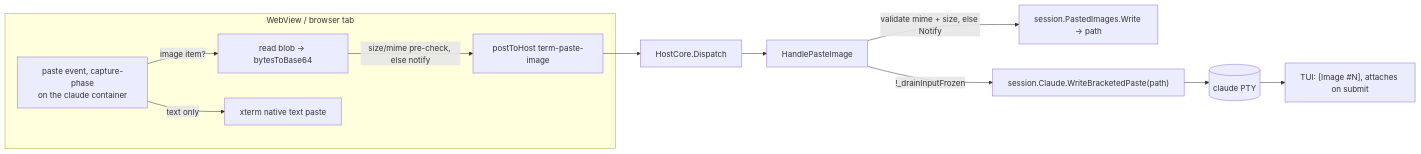
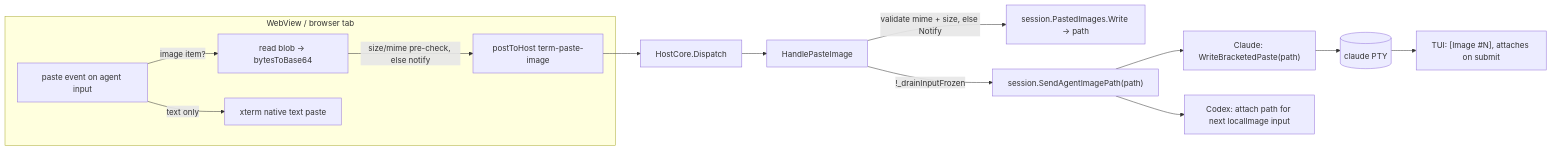
Before and after one commit to Kapps/weavie: the diagram in docs/specs/remote-paste-image.md, drawn with Mermaid. The commit also changed other lines of this file and 84 other files, not shown here.

Commit message:
Add native Codex agent runtime

````diff
--- a/docs/specs/remote-paste-image.md
+++ b/docs/specs/remote-paste-image.md
@@ -31,13 +32,15 @@
 ```mermaid
 flowchart LR
   subgraph web [WebView / browser tab]
-    paste[paste event, capture-phase<br/>on the claude container] -->|image item?| enc[read blob -> bytesToBase64]
+    paste[paste event on agent input] -->|image item?| enc[read blob -> bytesToBase64]
     paste -->|text only| xterm[xterm native text paste]
     enc -->|size/mime pre-check, else notify| post["postToHost term-paste-image"]
   end
   post --> disp["HostCore.Dispatch"]
   disp --> h["HandlePasteImage"]
   h -->|validate mime + size, else Notify| store["session.PastedImages.Write -> path"]
-  h -->|!_drainInputFrozen| inject["session.Claude.WriteBracketedPaste(path)"]
-  inject --> pty[(claude PTY)] --> chip["TUI: [Image #N], attaches on submit"]
+  h -->|!_drainInputFrozen| deliver["session.SendAgentImagePath(path)"]
+  deliver --> claude["Claude: WriteBracketedPaste(path)"]
+  deliver --> codex["Codex: attach path for next localImage input"]
+  claude --> pty[(claude PTY)] --> chip["TUI: [Image #N], attaches on submit"]
 ```
````
